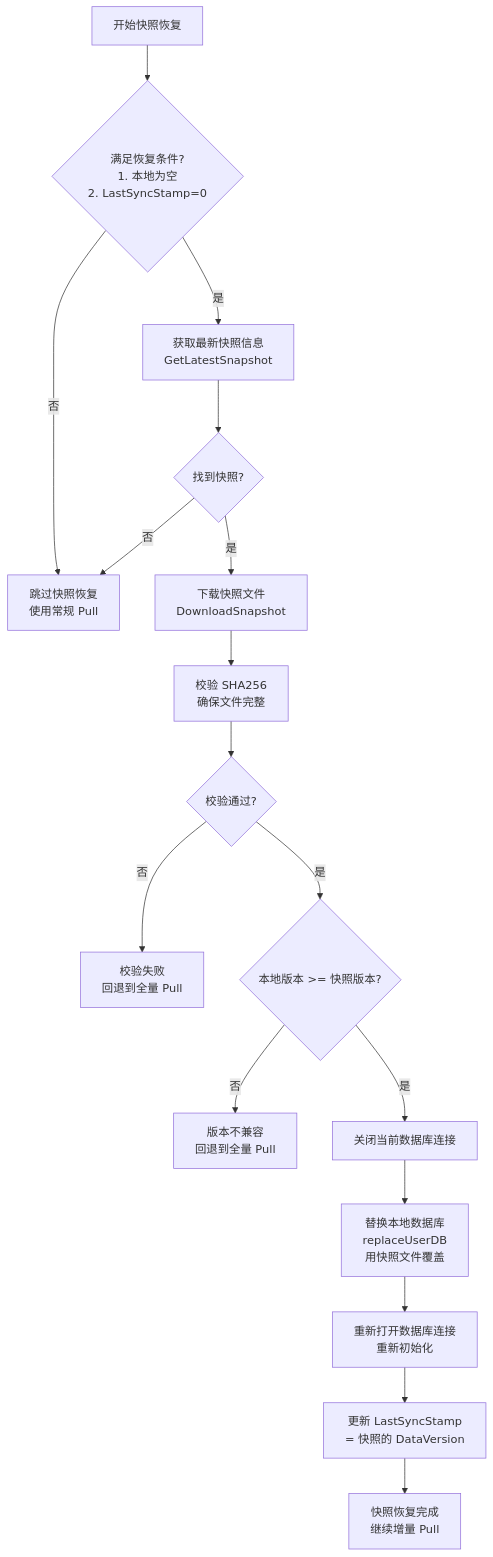
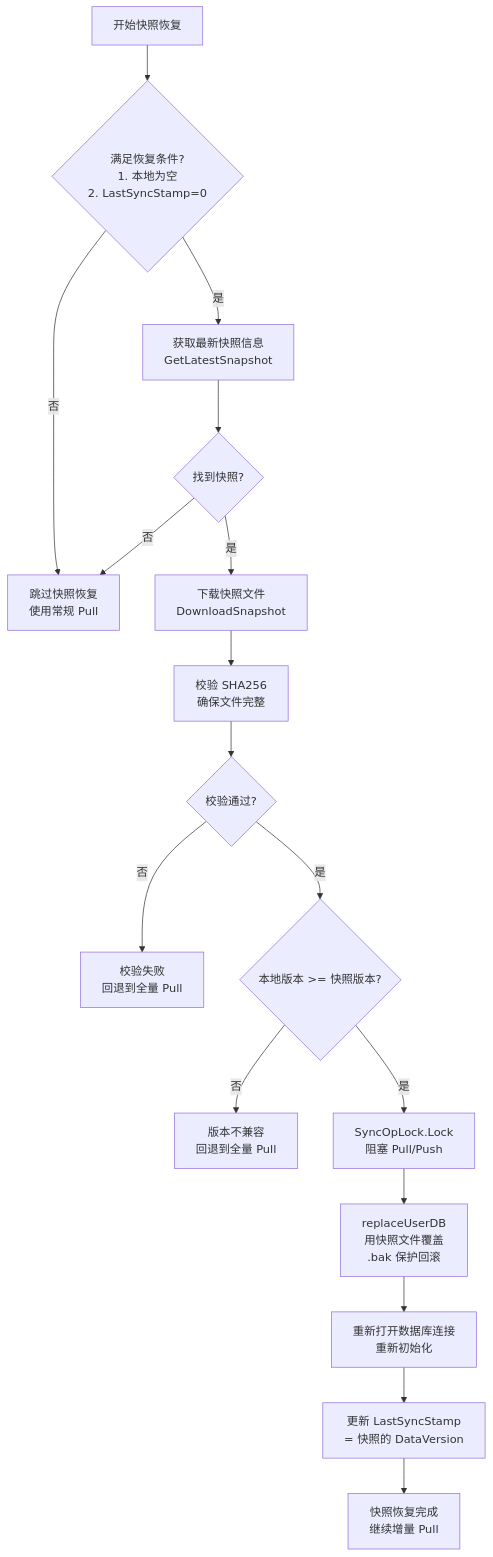
Before and after one commit to LucisXu/jotmo-skills: the tenth of 33 diagrams in 多端同步流程图.md, drawn with Mermaid. The commit also changed other lines of this file, not shown here.

````diff
--- a/多端同步流程图.md
+++ b/多端同步流程图.md
@@ -253,31 +329,31 @@
 ```mermaid
 flowchart TD
     Start["开始快照恢复"] --> CheckCondition{"满足恢复条件?<br/>1. 本地为空<br/>2. LastSyncStamp=0"}
 
     CheckCondition -->|"否"| Skip["跳过快照恢复<br/>使用常规 Pull"]
 
     CheckCondition -->|"是"| GetLatest["获取最新快照信息<br/>GetLatestSnapshot"]
 
     GetLatest --> SnapshotFound{"找到快照?"}
     SnapshotFound -->|"否"| Skip
 
     SnapshotFound -->|"是"| Download["下载快照文件<br/>DownloadSnapshot"]
 
     Download --> Verify["校验 SHA256<br/>确保文件完整"]
 
     Verify --> VerifyOK{"校验通过?"}
     VerifyOK -->|"否"| VerifyFail["校验失败<br/>回退到全量 Pull"]
 
     VerifyOK -->|"是"| CheckSchemaVer{"本地版本 >= 快照版本?"}
     CheckSchemaVer -->|"否"| VersionFail["版本不兼容<br/>回退到全量 Pull"]
 
-    CheckSchemaVer -->|"是"| CloseDB["关闭当前数据库连接"]
+    CheckSchemaVer -->|"是"| AcquireLock["SyncOpLock.Lock<br/>阻塞 Pull/Push"]
 
-    CloseDB --> Replace["替换本地数据库<br/>replaceUserDB<br/>用快照文件覆盖"]
+    AcquireLock --> Replace["replaceUserDB<br/>用快照文件覆盖<br/>.bak 保护回滚"]
 
     Replace --> ReopenDB["重新打开数据库连接<br/>重新初始化"]
 
     ReopenDB --> UpdateStamp["更新 LastSyncStamp<br/>= 快照的 DataVersion"]
 
     UpdateStamp --> Done["快照恢复完成<br/>继续增量 Pull"]
 ```
````
